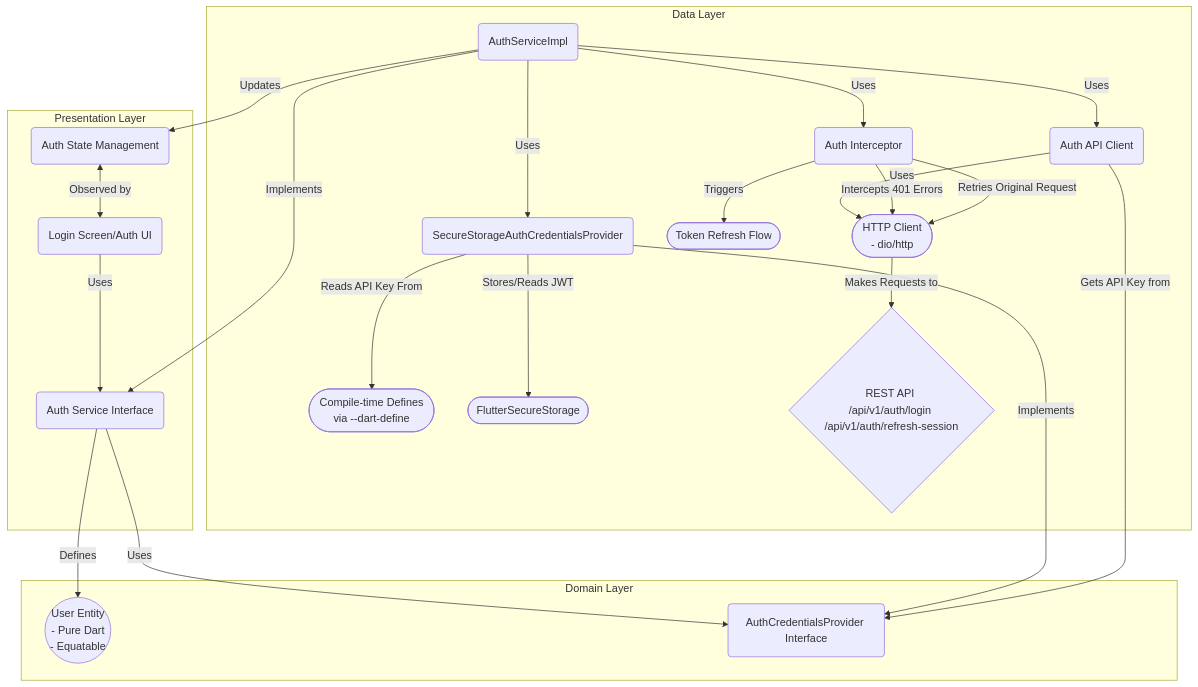
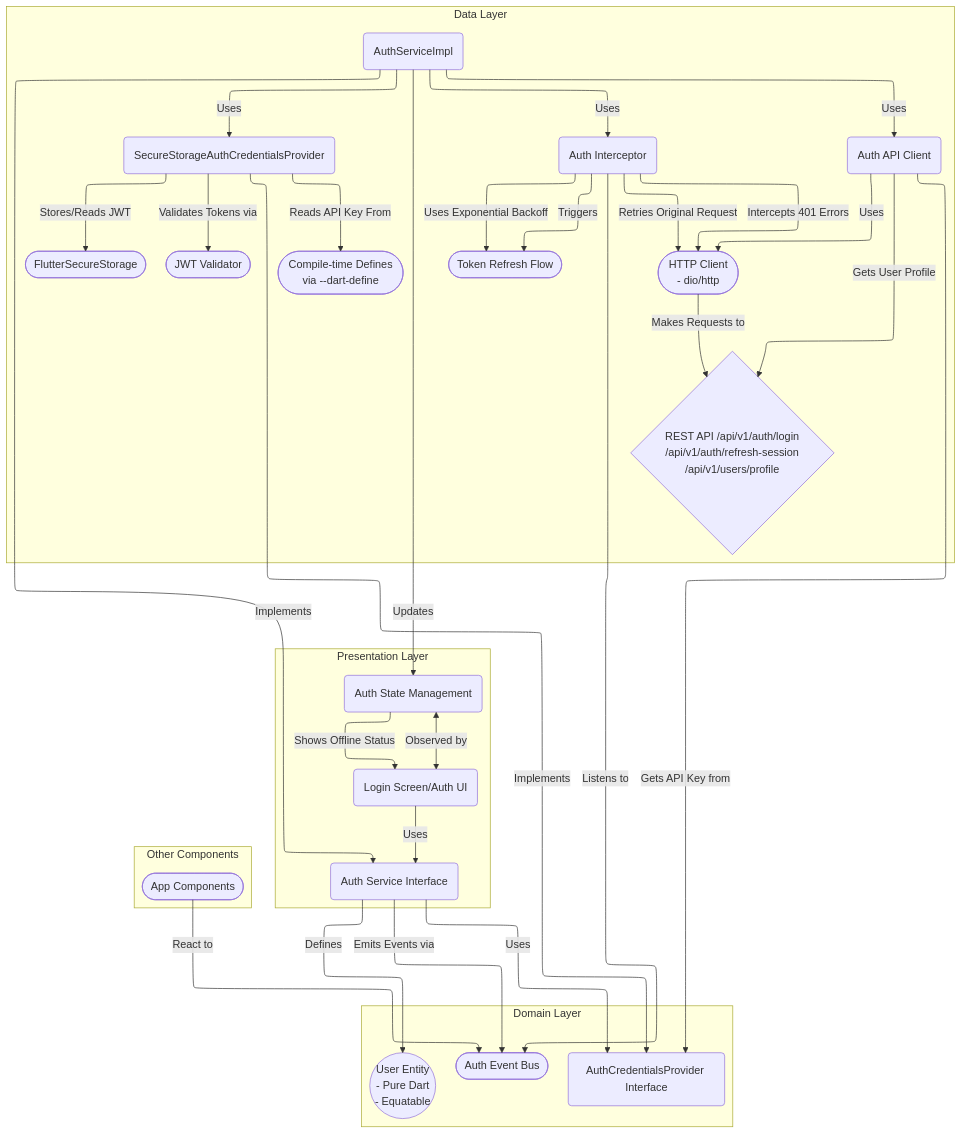
The first of 2 diagrams in docs/current/auth_architecture.md (MediScribe/docjet-mobile), drawn with Mermaid before and after one commit. The commit also changed other lines of this file and 4 other files, not shown here.

First line of the commit message:
docs: update auth architecture documentation with implemented features

````diff
--- a/docs/current/auth_architecture.md
+++ b/docs/current/auth_architecture.md
@@ -9,39 +9,44 @@
 ```mermaid
-%%{init: {'theme': 'default'}}%%
+%%{init: {'flowchart': {'defaultRenderer': 'elk'}}}%%
 graph TD
     subgraph "Presentation Layer"
         UI(Login Screen/Auth UI) -->|Uses| AuthService(Auth Service Interface)
         AuthState(Auth State Management) <-->|Observed by| UI
+        AuthState -->|Shows Offline Status| UI
     end
 
     subgraph "Domain Layer"
         AuthService -->|Defines| User((User Entity<br>- Pure Dart<br>- Equatable))
         AuthService -->|Uses| AuthCredProvider(AuthCredentialsProvider Interface)
+        AuthService -->|Emits Events via| AuthEventBus([Auth Event Bus])
     end
 
     subgraph "Data Layer"
         AuthServiceImpl(AuthServiceImpl) -->|Implements| AuthService
         AuthServiceImpl -->|Uses| AuthApiClient(Auth API Client)
         AuthServiceImpl -->|Updates| AuthState
         AuthServiceImpl -->|Uses| AuthCredProviderImpl(SecureStorageAuthCredentialsProvider)
         AuthServiceImpl -->|Uses| AuthInterceptor(Auth Interceptor)
         
         AuthCredProviderImpl -->|Implements| AuthCredProvider
         AuthCredProviderImpl -->|Reads API Key From| CompileDefines([Compile-time Defines<br>via --dart-define])
         AuthCredProviderImpl -->|Stores/Reads JWT| SecureStorage([FlutterSecureStorage])
+        AuthCredProviderImpl -->|Validates Tokens via| JwtValidator([JWT Validator])
         
         AuthApiClient -->|Uses| HttpClient([HTTP Client<br>- dio/http])
         AuthApiClient -->|Gets API Key from| AuthCredProvider
+        AuthApiClient -->|Gets User Profile| AuthAPI
         
         AuthInterceptor -->|Intercepts 401 Errors| HttpClient
         AuthInterceptor -->|Triggers| TokenRefresh([Token Refresh Flow])
         AuthInterceptor -->|Retries Original Request| HttpClient
+        AuthInterceptor -->|Uses Exponential Backoff| TokenRefresh
+        AuthInterceptor -->|Listens to| AuthEventBus
         
-        HttpClient -->|Makes Requests to| AuthAPI{REST API /api/v1/auth/login /api/v1/auth/refresh-session}
+        HttpClient -->|Makes Requests to| AuthAPI{REST API /api/v1/auth/login <br>/api/v1/auth/refresh-session<br>/api/v1/users/profile}
     end
 
-    %% Styling with improved contrast
-    class UI,AuthState presentation;
-    class AuthService,User,AuthCredProvider domain;
-    class AuthServiceImpl,AuthCredProviderImpl,SecureStorage,HttpClient,AuthAPI,AuthApiClient,AuthInterceptor,TokenRefresh,CompileDefines data;
+    subgraph "Other Components"
+        OtherComponents([App Components]) -->|React to| AuthEventBus
+    end
 ```
````
